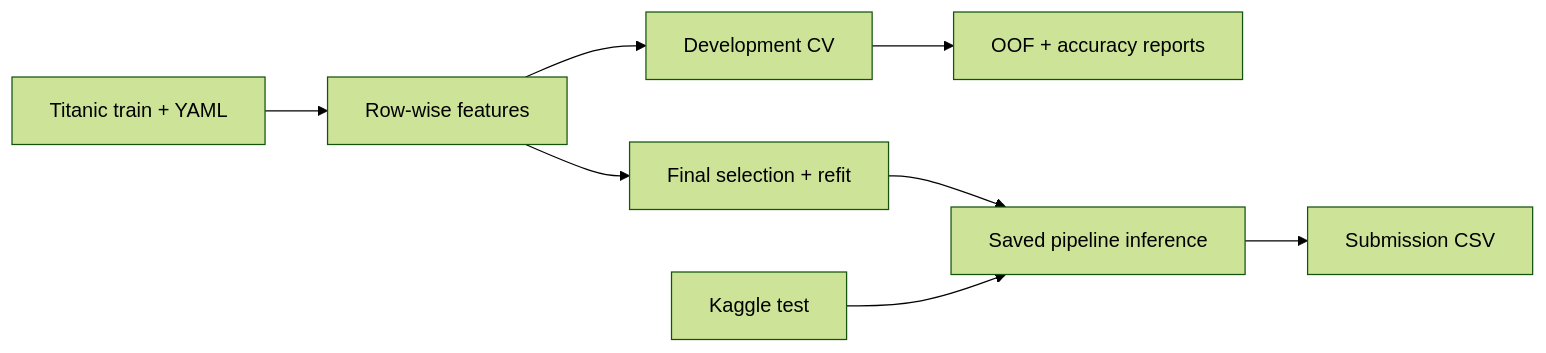
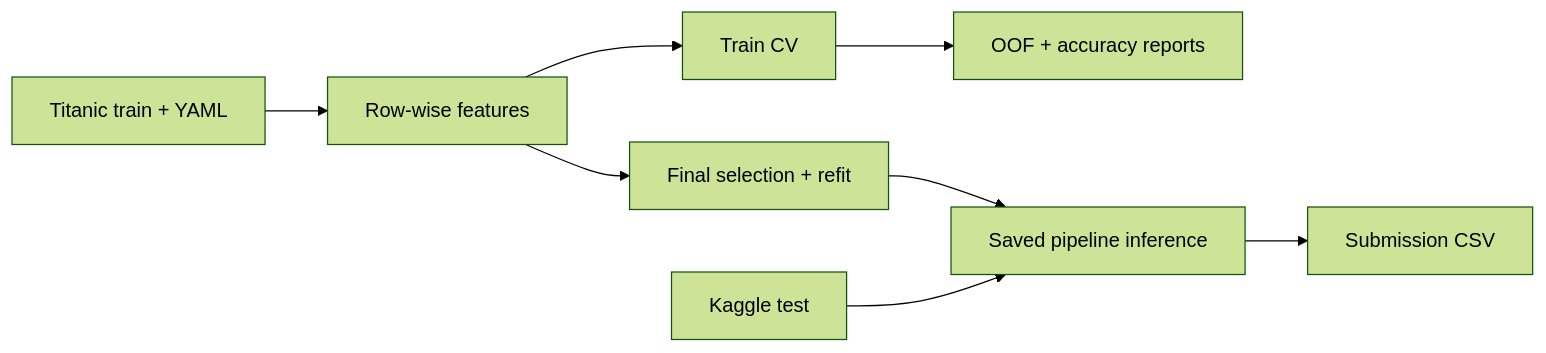
The diagram in README.md (revlze/kaggle-titanic), drawn with Mermaid (forest theme) before and after one commit. The commit also changed other lines of this file and 21 other files, not shown here.

````diff
--- a/README.md
+++ b/README.md
@@ -7,10 +7,10 @@
 ```mermaid
 flowchart LR
     D["Titanic train + YAML"] --> F["Row-wise features"]
-    F --> E["Development CV"]
+    F --> E["Train CV"]
     E --> R["OOF + accuracy reports"]
     F --> M["Final selection + refit"]
     M --> P["Saved pipeline inference"]
     S["Kaggle test"] --> P
     P --> O["Submission CSV"]
 ```
````
